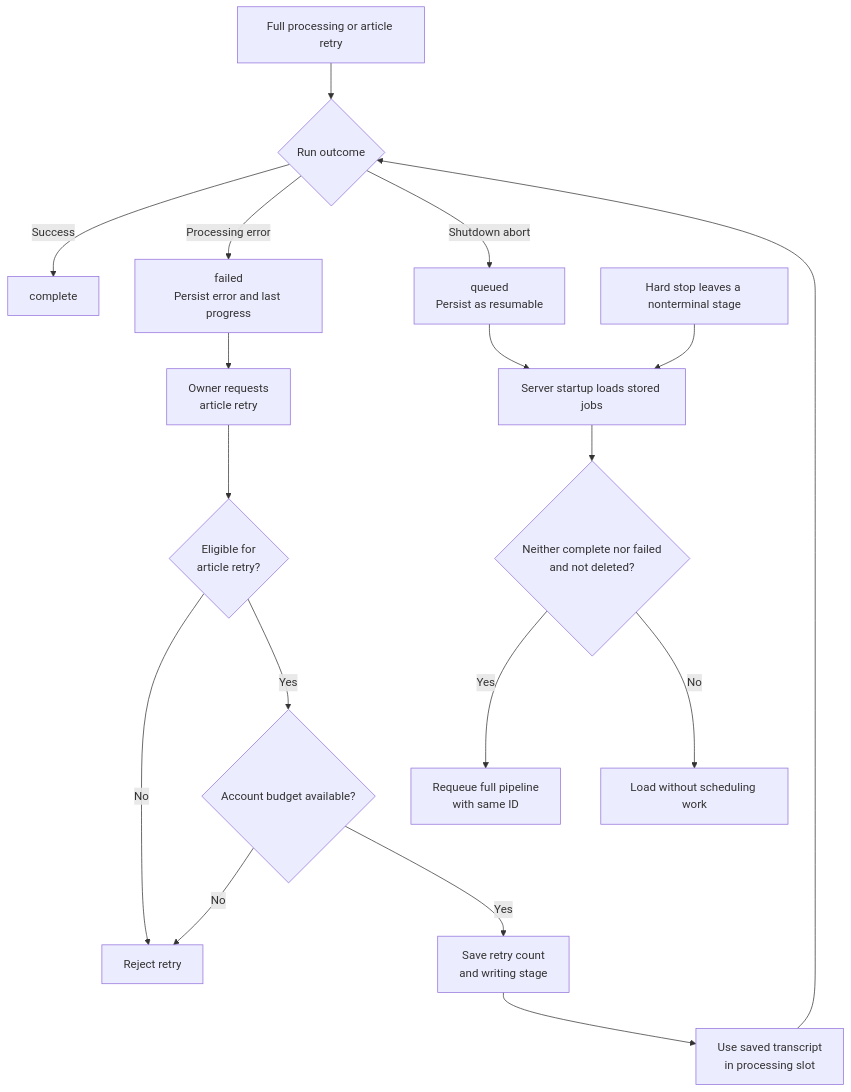
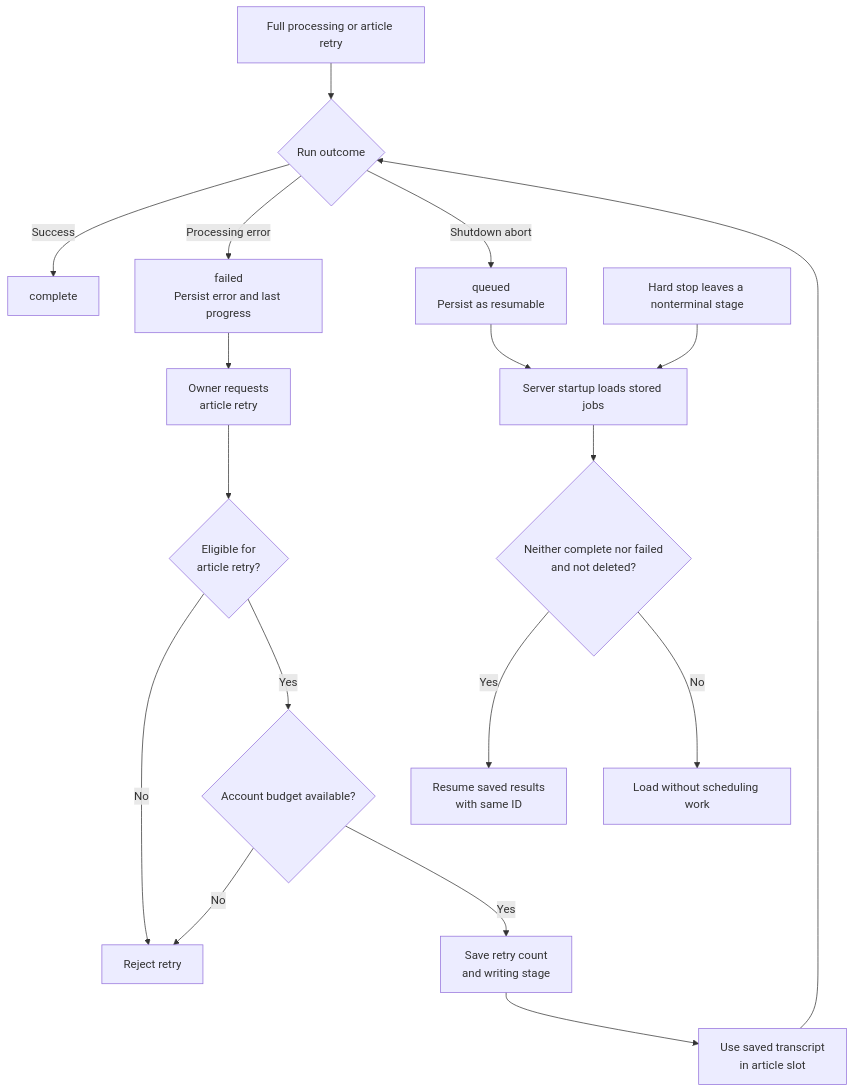
One commit to rogierslag/podcast2article changed the second of 6 diagrams in docs/SERVICE-FLOWS.md. Above: the diagram before and after it, drawn with Mermaid. The commit also changed other lines of this file and 29 other files, not shown here.

````diff
--- a/docs/SERVICE-FLOWS.md
+++ b/docs/SERVICE-FLOWS.md
@@ -65,20 +66,20 @@
 ```mermaid
 flowchart TD
     Run["Full processing or article retry"] --> Outcome{"Run outcome"}
     Outcome -->|Success| Complete["complete"]
     Outcome -->|Processing error| Failed["failed<br/>Persist error and last progress"]
     Outcome -->|Shutdown abort| Queued["queued<br/>Persist as resumable"]
     Failed --> Retry["Owner requests<br/>article retry"]
     Retry --> Eligible{"Eligible for<br/>article retry?"}
     Eligible -->|No| Reject["Reject retry"]
     Eligible -->|Yes| Budget{"Account budget available?"}
     Budget -->|No| Reject
     Budget -->|Yes| Save["Save retry count<br/>and writing stage"]
-    Save --> Article["Use saved transcript<br/>in processing slot"]
+    Save --> Article["Use saved transcript<br/>in article slot"]
     Article --> Outcome
     Queued --> Startup["Server startup loads stored jobs"]
     Interrupted["Hard stop leaves a nonterminal stage"] --> Startup
     Startup --> Recover{"Neither complete nor failed<br/>and not deleted?"}
-    Recover -->|Yes| Full["Requeue full pipeline<br/>with same ID"]
+    Recover -->|Yes| Full["Resume saved results<br/>with same ID"]
     Recover -->|No| Retain["Load without scheduling work"]
 ```
````
